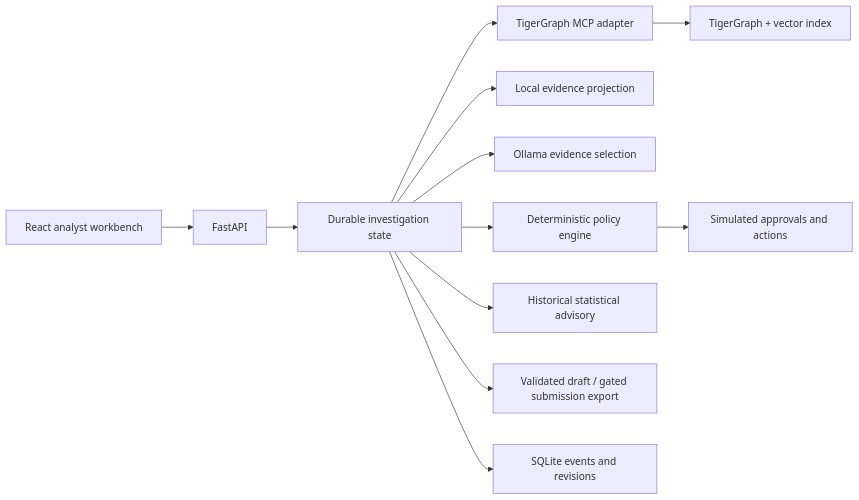
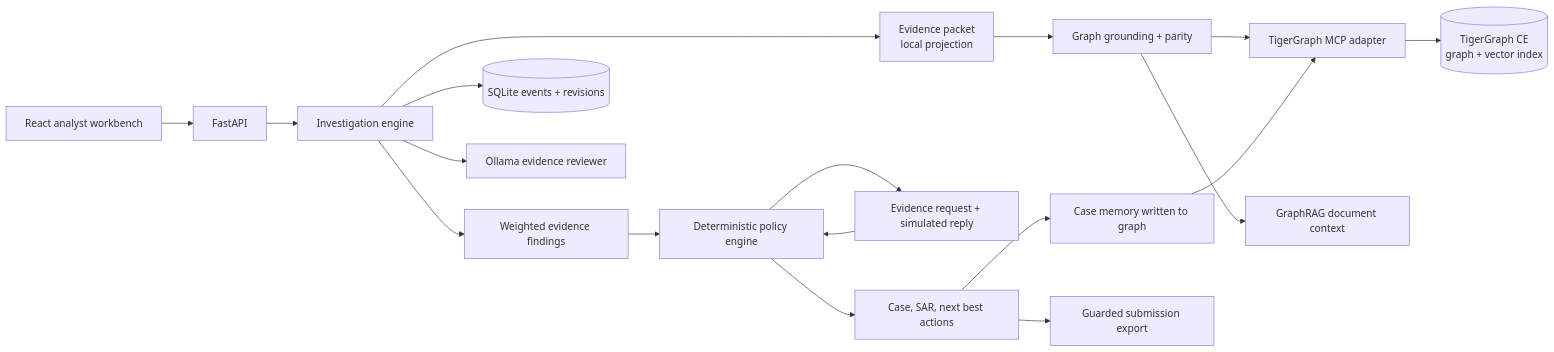
One commit to darain24/hhgoa_task4 changed the diagram in docs/ARCHITECTURE.md. Above: the diagram before and after it, drawn with Mermaid. The commit also changed other lines of this file and 47 other files, not shown here.

````diff
--- a/docs/ARCHITECTURE.md
+++ b/docs/ARCHITECTURE.md
@@ -3,14 +3,20 @@
 ```mermaid
 flowchart LR
   UI[React analyst workbench] --> API[FastAPI]
-  API --> State[Durable investigation state]
-  State --> Graph[TigerGraph MCP adapter]
-  Graph --> TG[TigerGraph + vector index]
-  State --> Local[Local evidence projection]
-  State --> Model[Ollama evidence selection]
-  State --> Policy[Deterministic policy engine]
-  State --> Advisory[Historical statistical advisory]
-  Policy --> Actions[Simulated approvals and actions]
-  State --> Export[Validated draft / gated submission export]
-  State --> Events[SQLite events and revisions]
+  API --> Engine[Investigation engine]
+  Engine --> Collect[Evidence packet<br/>local projection]
+  Collect --> Ground[Graph grounding + parity]
+  Ground --> MCP[TigerGraph MCP adapter]
+  MCP --> TG[(TigerGraph CE<br/>graph + vector index)]
+  Ground --> RAG[GraphRAG document context]
+  Engine --> Assess[Weighted evidence findings]
+  Assess --> Policy[Deterministic policy engine]
+  Policy --> Evidence[Evidence request + simulated reply]
+  Evidence --> Policy
+  Policy --> Answer[Case, SAR, next best actions]
+  Answer --> Persist[Case memory written to graph]
+  Persist --> MCP
+  Answer --> Export[Guarded submission export]
+  Engine --> Events[(SQLite events + revisions)]
+  Engine --> Model[Ollama evidence reviewer]
 ```
````
